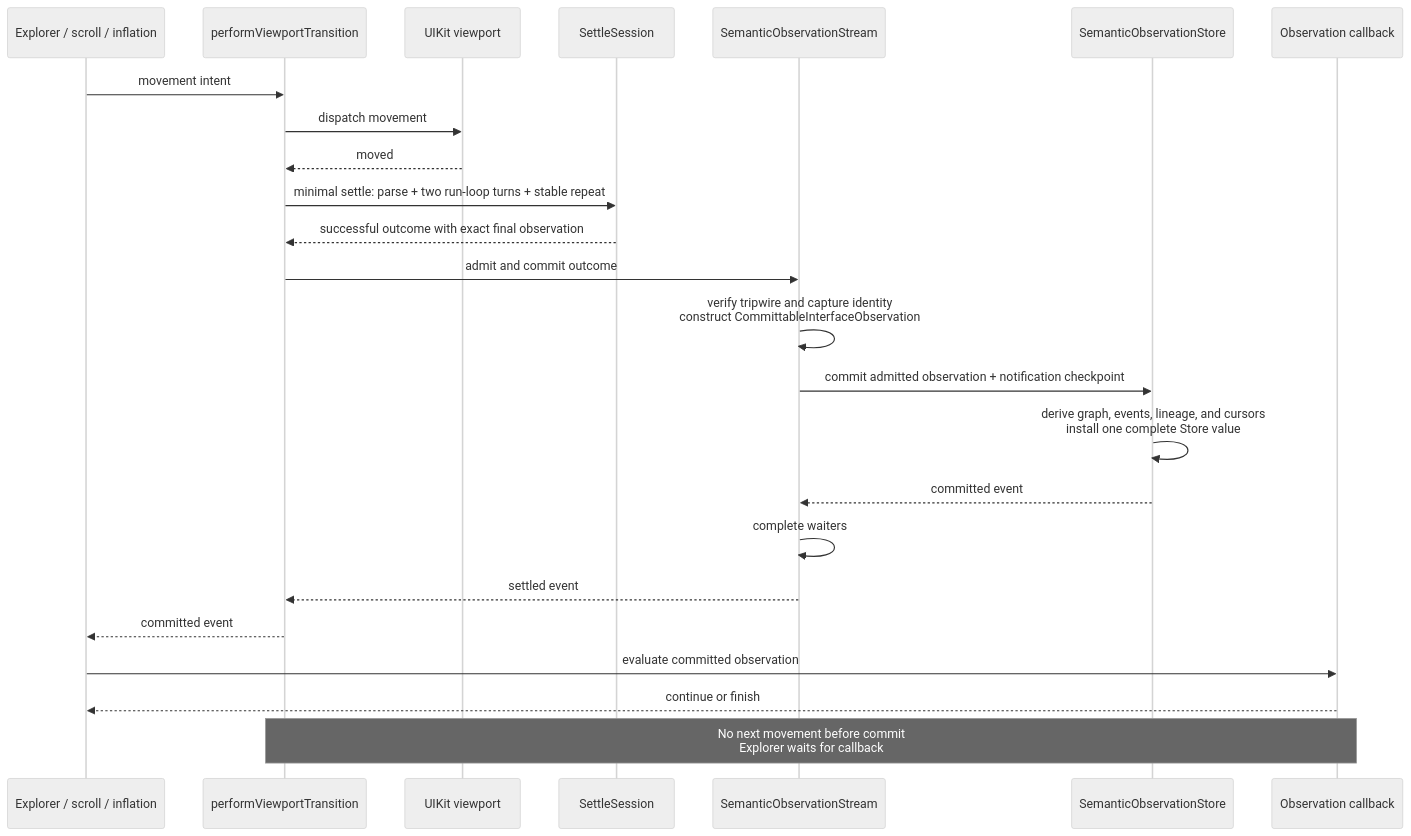
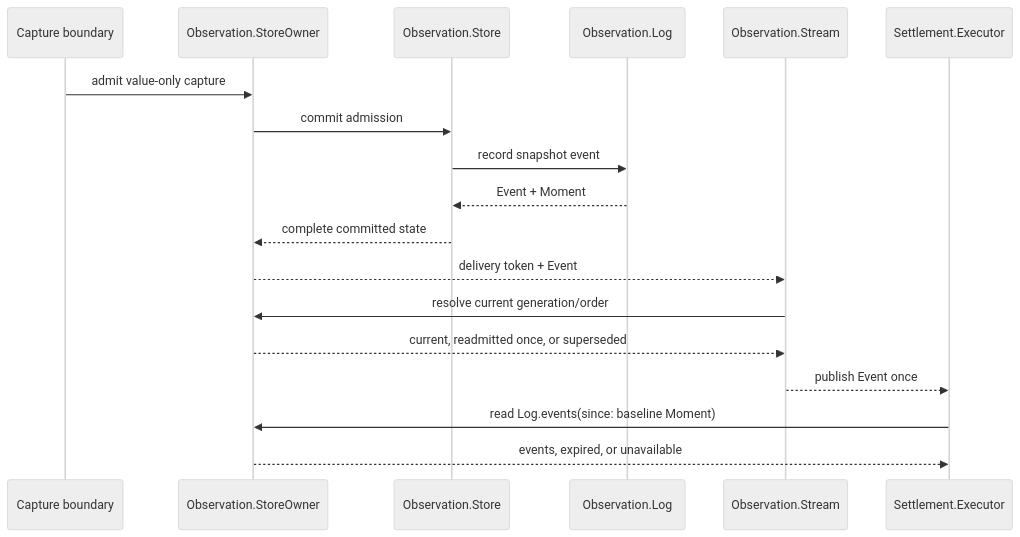
Before and after one commit to RoyalPineapple/TheButtonHeist: the second of 2 diagrams in docs/diagrams/observation-pipeline.md, drawn with Mermaid (neutral theme). The commit also changed other lines of this file and 146 other files, not shown here.

````diff
--- a/docs/diagrams/observation-pipeline.md
+++ b/docs/diagrams/observation-pipeline.md
@@ -119,27 +69,21 @@
 ```mermaid
 sequenceDiagram
-    participant Caller as Explorer / scroll / inflation
-    participant Transition as performViewportTransition
-    participant UIKit as UIKit viewport
-    participant Settle as SettleSession
-    participant Stream as SemanticObservationStream
-    participant Store as SemanticObservationStore
-    participant Callback as Observation callback
+    participant Boundary as Capture boundary
+    participant Owner as Observation.StoreOwner
+    participant Store as Observation.Store
+    participant Log as Observation.Log
+    participant Stream as Observation.Stream
+    participant Settlement as Settlement.Executor
 
-    Caller->>Transition: movement intent
-    Transition->>UIKit: dispatch movement
-    UIKit-->>Transition: moved
-    Transition->>Settle: minimal settle: parse + two run-loop turns + stable repeat
-    Settle-->>Transition: successful outcome with exact final observation
-    Transition->>Stream: admit and commit outcome
-    Stream->>Stream: verify tripwire and capture identity<br/>construct CommittableInterfaceObservation
-    Stream->>Store: commit admitted observation + notification checkpoint
-    Store->>Store: derive graph, events, lineage, and cursors<br/>install one complete Store value
-    Store-->>Stream: committed event
-    Stream->>Stream: complete waiters
-    Stream-->>Transition: settled event
-    Transition-->>Caller: committed event
-    Caller->>Callback: evaluate committed observation
-    Callback-->>Caller: continue or finish
-    Note over Transition,Callback: No next movement before commit<br/>Explorer waits for callback
+    Boundary->>Owner: admit value-only capture
+    Owner->>Store: commit admission
+    Store->>Log: record snapshot event
+    Log-->>Store: Event + Moment
+    Store-->>Owner: complete committed state
+    Owner-->>Stream: delivery token + Event
+    Stream->>Owner: resolve current generation/order
+    Owner-->>Stream: current, readmitted once, or superseded
+    Stream-->>Settlement: publish Event once
+    Settlement->>Owner: read Log.events(since: baseline Moment)
+    Owner-->>Settlement: events, expired, or unavailable
 ```
````
